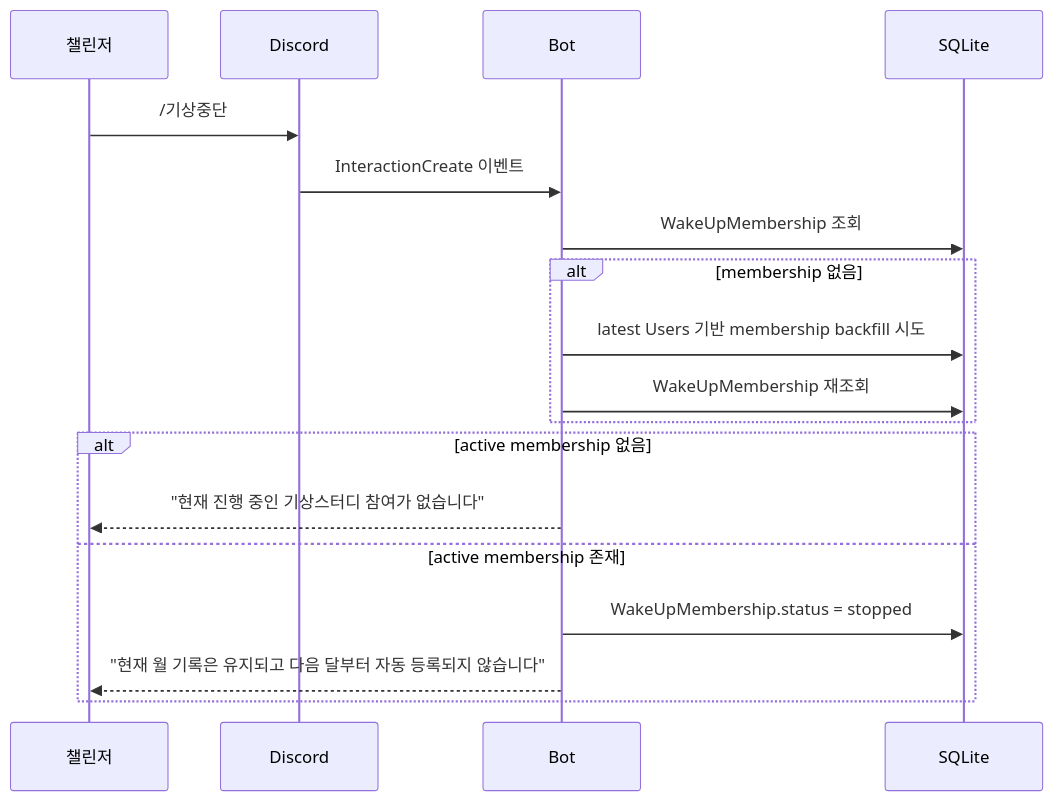
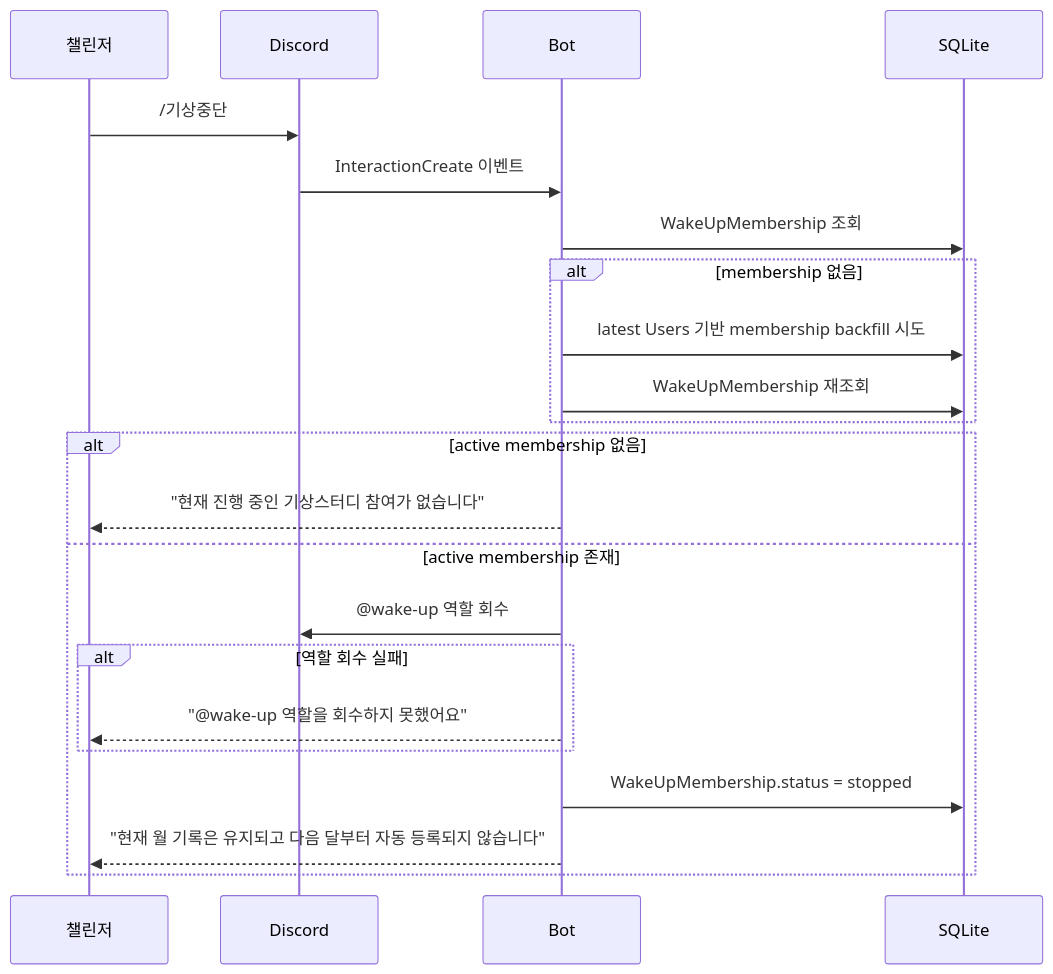
The seventh of 20 diagrams in docs/USER_STORIES.md (honki12345/haruharu-discord-bot), drawn with Mermaid before and after one commit. The commit also changed other lines of this file and 8 other files, not shown here.

````diff
--- a/docs/USER_STORIES.md
+++ b/docs/USER_STORIES.md
@@ -267,22 +274,27 @@
 ```mermaid
 sequenceDiagram
     participant U as 챌린저
     participant D as Discord
     participant B as Bot
     participant DB as SQLite
 
     U->>D: /기상중단
     D->>B: InteractionCreate 이벤트
     B->>DB: WakeUpMembership 조회
     alt membership 없음
         B->>DB: latest Users 기반 membership backfill 시도
         B->>DB: WakeUpMembership 재조회
     end
 
     alt active membership 없음
         B-->>U: "현재 진행 중인 기상스터디 참여가 없습니다"
     else active membership 존재
+        B->>D: @wake-up 역할 회수
+        alt 역할 회수 실패
+            B-->>U: "@wake-up 역할을 회수하지 못했어요"
+        end
+
         B->>DB: WakeUpMembership.status = stopped
         B-->>U: "현재 월 기록은 유지되고 다음 달부터 자동 등록되지 않습니다"
     end
 ```
````
